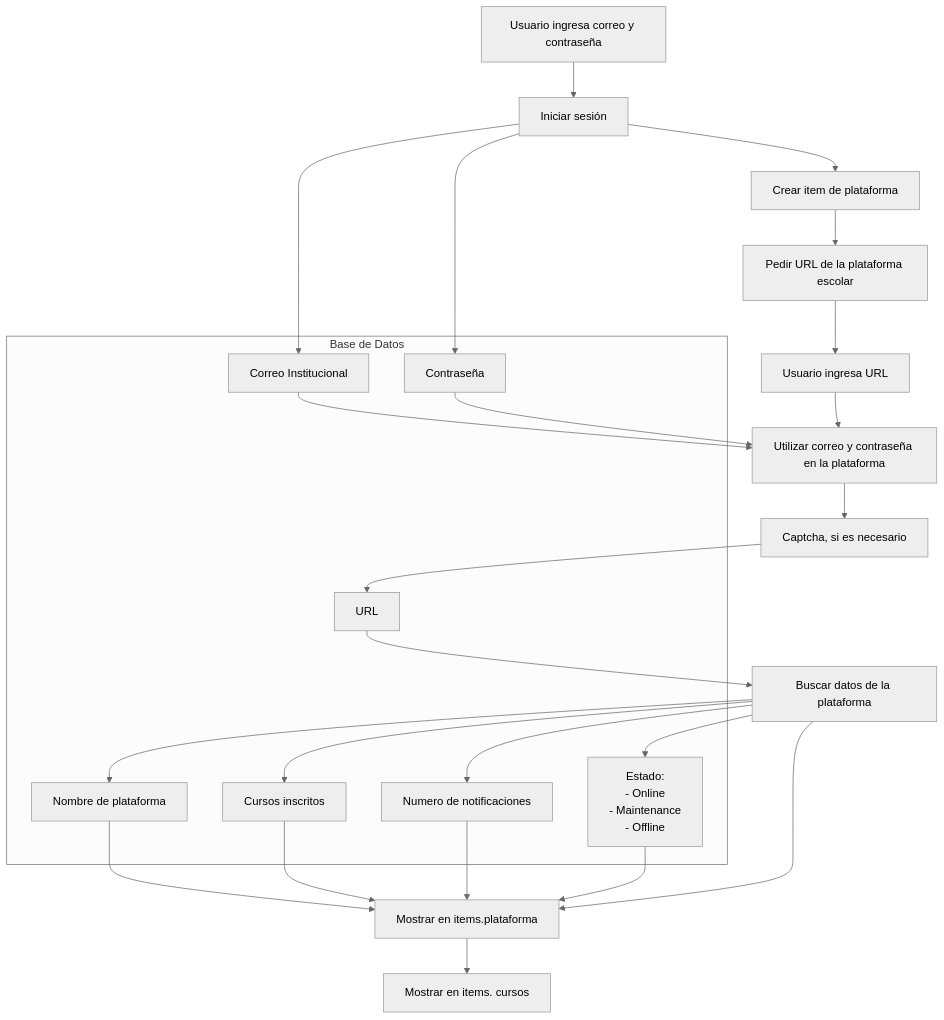
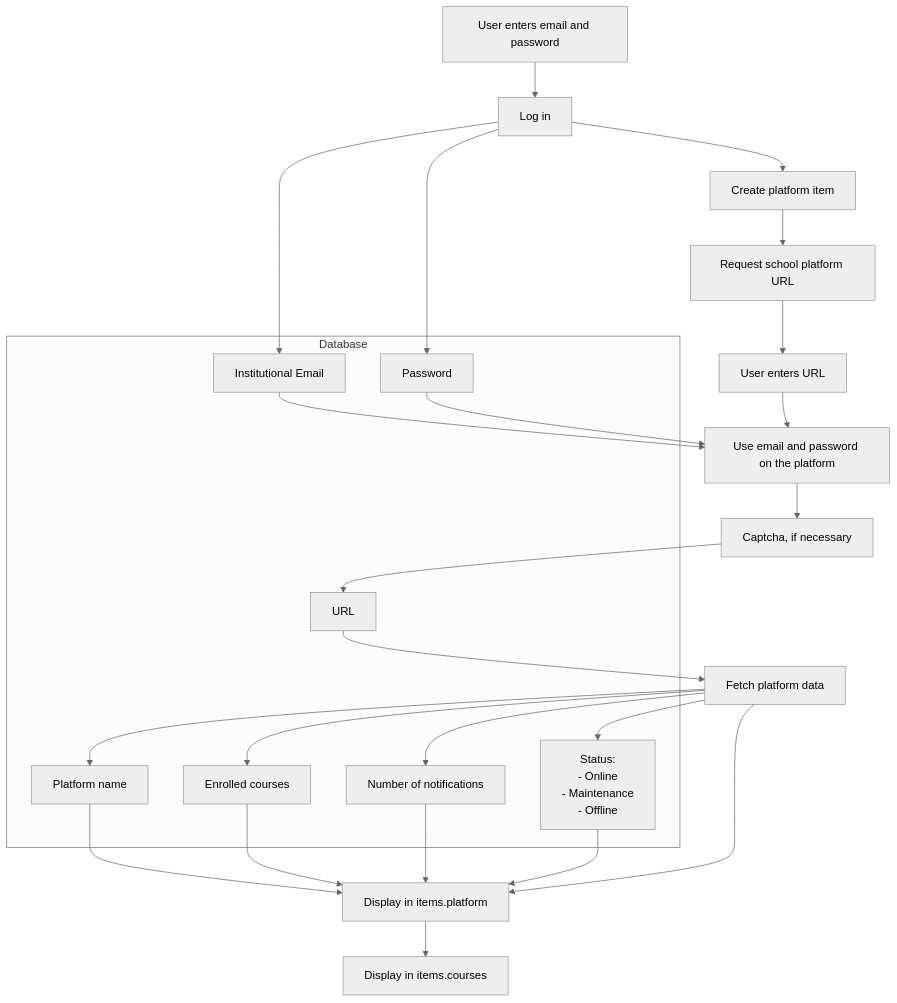
One commit to Ozia112/Team-2-FSE-repo changed the first of 2 diagrams in (C)Requirements/FunctionalRequirements/RF-02_ActionBar.md. Above: the diagram before and after it, drawn with Mermaid (neutral theme). The commit also changed other lines of this file, not shown here.

````diff
--- a/(C)Requirements/FunctionalRequirements/RF-02_ActionBar.md
+++ b/(C)Requirements/FunctionalRequirements/RF-02_ActionBar.md
@@ -58,31 +63,31 @@
-``` mermaid
+```mermaid
 graph TD
-    A[Usuario ingresa correo y contraseña] --> B[Iniciar sesión]
-    B --> C[Correo Institucional]--> G
-    B --> C2[Contraseña]--> G
-    B --> D[Crear item de plataforma]
-    D --> E[Pedir URL de la plataforma escolar]
-    E --> F[Usuario ingresa URL]
-    F --> G[Utilizar correo y contraseña en la plataforma]
-    G --> H[Captcha, si es necesario]
+    A[User enters email and password] --> B[Log in]
+    B --> C[Institutional Email] --> G
+    B --> C2[Password] --> G
+    B --> D[Create platform item]
+    D --> E[Request school platform URL]
+    E --> F[User enters URL]
+    F --> G[Use email and password on the platform]
+    G --> H[Captcha, if necessary]
     H --> I[URL]
-    I --> J[Buscar datos de la plataforma]
-    J --> K[Estado: <br/>- Online<br/>- Maintenance<br/>- Offline]
-    J --> K2[Nombre de plataforma] --> L
-    J --> K3[Cursos inscritos] --> L
-    J --> K4[Numero de notificaciones] --> L
+    I --> J[Fetch platform data]
+    J --> K[Status: <br/>- Online<br/>- Maintenance<br/>- Offline]
+    J --> K2[Platform name] --> L
+    J --> K3[Enrolled courses] --> L
+    J --> K4[Number of notifications] --> L
     
-    K --> L[Mostrar en items.plataforma]
+    K --> L[Display in items.platform]
     J --> 
-    L --> M[Mostrar en items. cursos]
-    subgraph Base de Datos
+    L --> M[Display in items.courses]
+    subgraph Database
         C
         C2
         I
         
         K
         K2
         K3
         K4
     end
 ```
````
